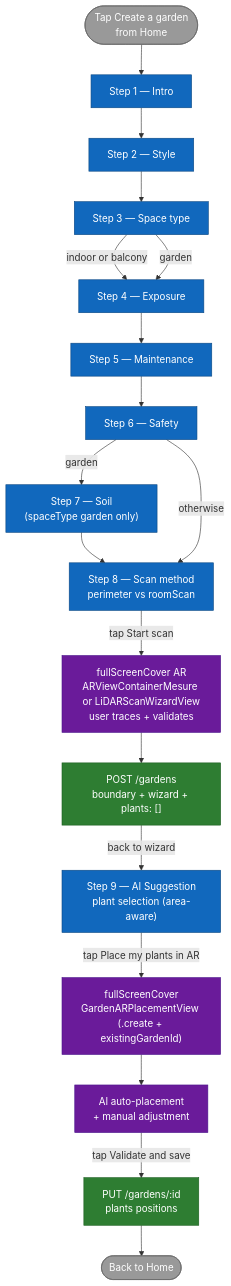
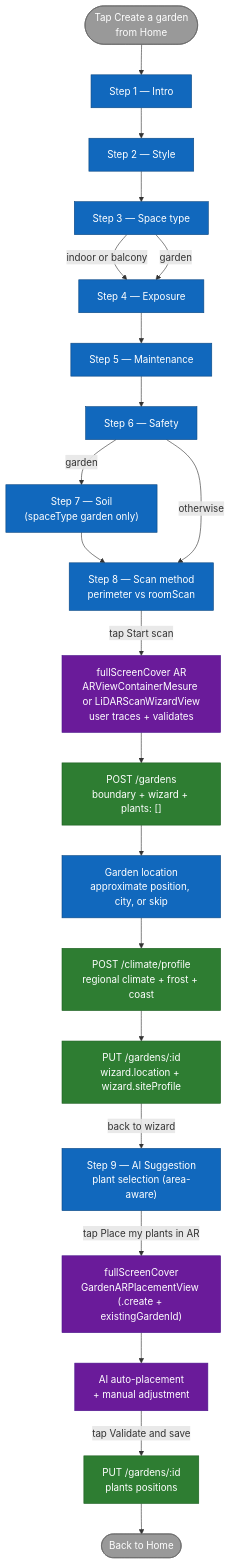
One commit to ArboreTeam/Arbore changed the diagram in docs/en/flows/garden-creation.md. Above: the diagram before and after it, drawn with Mermaid. The commit also changed other lines of this file and 46 other files, not shown here.

Commit message:
feat: enrich garden recommendations with local climate

````diff
--- a/docs/en/flows/garden-creation.md
+++ b/docs/en/flows/garden-creation.md
@@ -13,47 +13,52 @@
 ```mermaid
 flowchart TB
     start_node([Tap Create a garden<br/>from Home])
 
     intro["Step 1 — Intro"]
     style_step["Step 2 — Style"]
     spaceType["Step 3 — Space type"]
     exposure["Step 4 — Exposure"]
     maintenance["Step 5 — Maintenance"]
     safety["Step 6 — Safety"]
     soil["Step 7 — Soil<br/>(spaceType garden only)"]
     scan["Step 8 — Scan method<br/>perimeter vs roomScan"]
 
     trace_ar["fullScreenCover AR<br/>ARViewContainerMesure or LiDARScanWizardView<br/>user traces + validates"]
     post_garden["POST /gardens<br/>boundary + wizard + plants: []"]
-
+    location["Garden location<br/>approximate position, city, or skip"]
+    climate["POST /climate/profile<br/>regional climate + frost + coast"]
+    update_garden["PUT /gardens/:id<br/>wizard.location + wizard.siteProfile"]
     ai["Step 9 — AI Suggestion<br/>plant selection (area-aware)"]
     placement["fullScreenCover<br/>GardenARPlacementView (.create + existingGardenId)"]
     auto_place["AI auto-placement<br/>+ manual adjustment"]
     put_garden["PUT /gardens/:id<br/>plants positions"]
 
     home([Back to Home])
 
     start_node --> intro --> style_step --> spaceType
     spaceType -->|indoor or balcony| exposure
     spaceType -->|garden| exposure
     exposure --> maintenance --> safety
     safety -->|garden| soil --> scan
     safety -->|otherwise| scan
 
     scan -->|tap Start scan| trace_ar
     trace_ar --> post_garden
-    post_garden -->|back to wizard| ai
+    post_garden --> location
+    location --> climate
+    climate --> update_garden
+    update_garden -->|back to wizard| ai
     ai -->|tap Place my plants in AR| placement
     placement --> auto_place
     auto_place -->|tap Validate and save| put_garden
     put_garden --> home
 
     classDef step  fill:#1168BD,stroke:#0B4884,color:#fff
     classDef cond  fill:#2E7D32,stroke:#1B5E20,color:#fff
     classDef ar    fill:#6A1B9A,stroke:#4A148C,color:#fff
     classDef io    fill:#999,stroke:#666,color:#fff
-    class intro,style_step,spaceType,exposure,maintenance,safety,soil,scan,ai step
-    class post_garden,put_garden cond
+    class intro,style_step,spaceType,exposure,maintenance,safety,soil,scan,location,ai step
+    class post_garden,climate,update_garden,put_garden cond
     class trace_ar,placement,auto_place ar
     class start_node,home io
 ```
````
